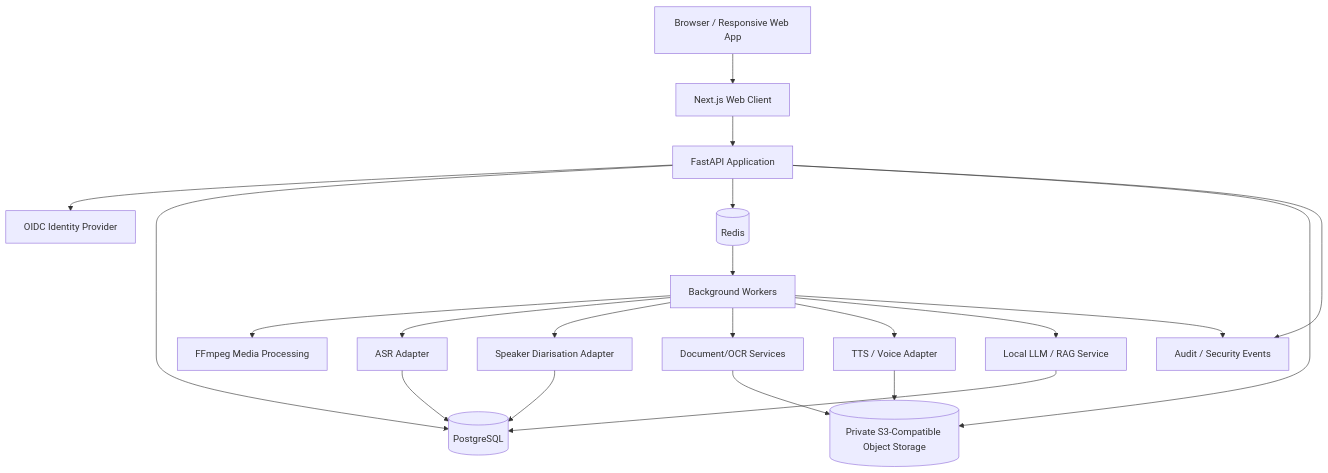
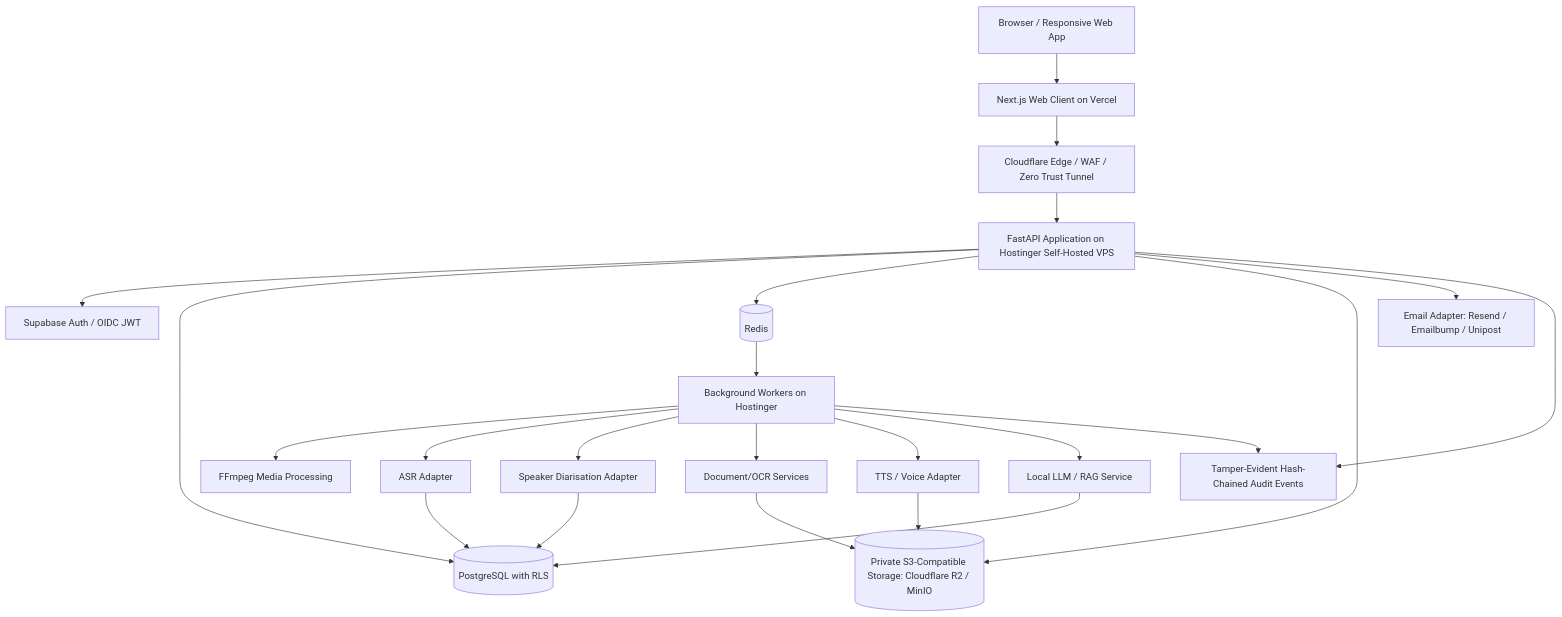
Before and after one commit to scholarsuite25-netizen/jotly: the diagram in docs/architecture/SYSTEM_ARCHITECTURE.md, drawn with Mermaid. The commit also changed other lines of this file and 67 other files, not shown here.

Commit message:
feat(phase-1): implement secure foundation, RLS, Supabase Auth, email failover, SDLC gates, and tamper-evident audit chain

````diff
--- a/docs/architecture/SYSTEM_ARCHITECTURE.md
+++ b/docs/architecture/SYSTEM_ARCHITECTURE.md
@@ -15,23 +15,25 @@
 ```mermaid
 flowchart TB
-  U[Browser / Responsive Web App] --> WEB[Next.js Web Client]
-  WEB --> API[FastAPI Application]
-  API --> IDP[OIDC Identity Provider]
-  API --> DB[(PostgreSQL)]
+  U[Browser / Responsive Web App] --> WEB[Next.js Web Client on Vercel]
+  WEB --> CF[Cloudflare Edge / WAF / Zero Trust Tunnel]
+  CF --> API[FastAPI Application on Hostinger Self-Hosted VPS]
+  API --> SUPA[Supabase Auth / OIDC JWT]
+  API --> DB[(PostgreSQL with RLS)]
   API --> REDIS[(Redis)]
-  API --> OBJ[(Private S3-Compatible Object Storage)]
-  REDIS --> WORK[Background Workers]
+  API --> OBJ[(Private S3-Compatible Storage: Cloudflare R2 / MinIO)]
+  API --> EMAIL[Email Adapter: Resend / Emailbump / Unipost]
+  REDIS --> WORK[Background Workers on Hostinger]
   WORK --> MEDIA[FFmpeg Media Processing]
   WORK --> ASR[ASR Adapter]
   WORK --> DIAR[Speaker Diarisation Adapter]
   WORK --> DOC[Document/OCR Services]
   WORK --> TTS[TTS / Voice Adapter]
   WORK --> LLM[Local LLM / RAG Service]
   ASR --> DB
   DIAR --> DB
   DOC --> OBJ
   TTS --> OBJ
   LLM --> DB
-  API --> AUDIT[Audit / Security Events]
+  API --> AUDIT[Tamper-Evident Hash-Chained Audit Events]
   WORK --> AUDIT
 ```
````
